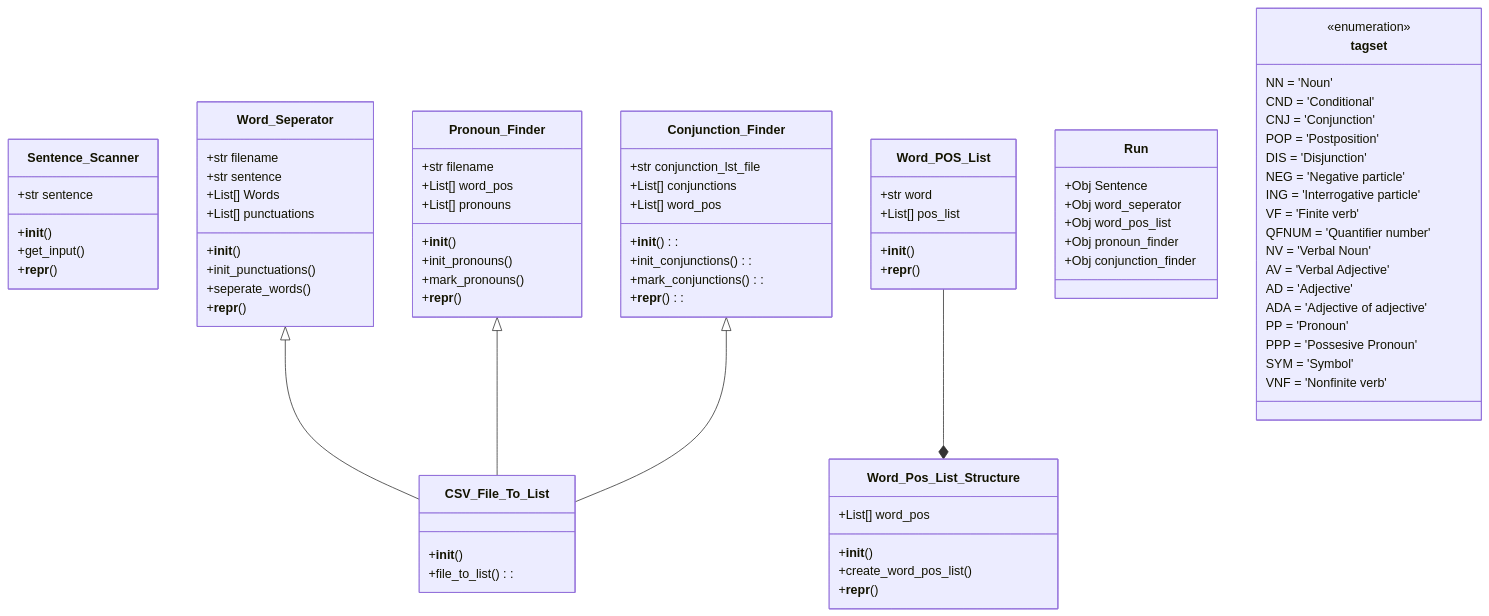
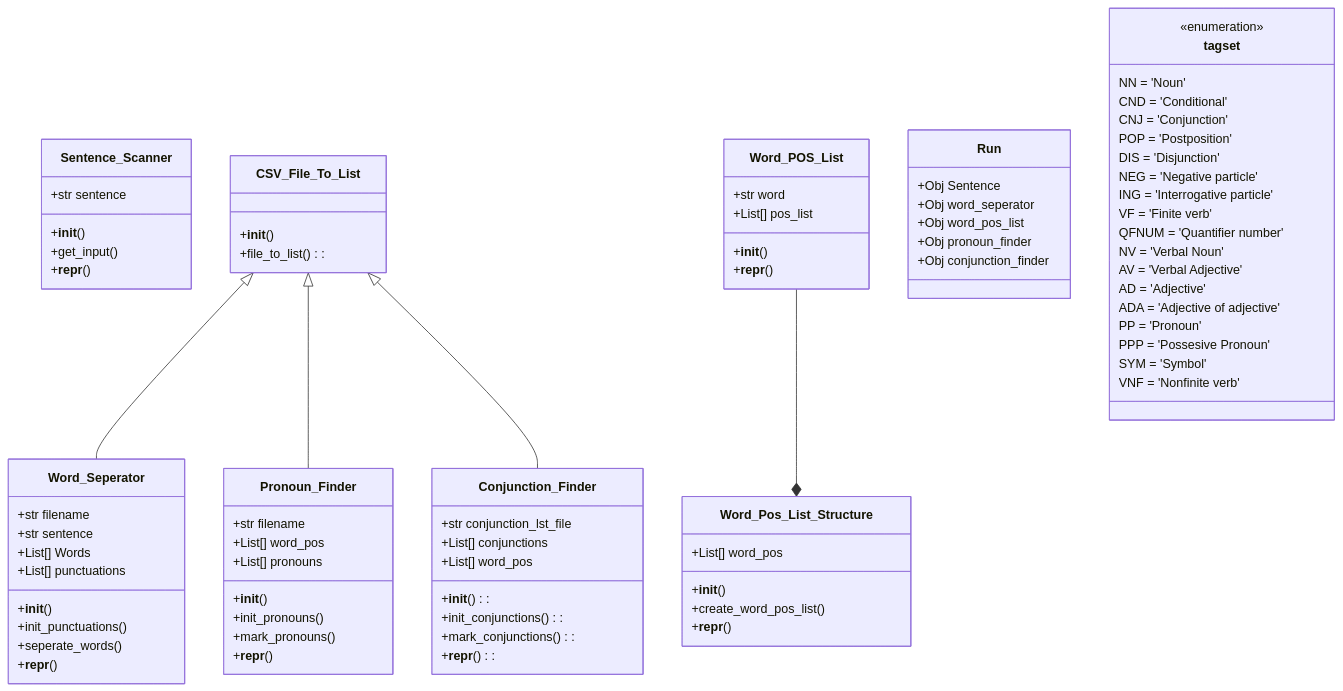
The first of 2 diagrams in src/README.md (masnm/POS-tagging), drawn with Mermaid before and after one commit. The commit also changed other lines of this file, not shown here.

```diff
--- a/src/README.md
+++ b/src/README.md
@@ -19,7 +19,7 @@
 		+seperate_words ()
 		+__repr__ ()
 	}
-	Word_Seperator <|-- CSV_File_To_List
+	CSV_File_To_List <|-- Word_Seperator
 
 	class Word_POS_List {
 		+str word
@@ -42,7 +42,7 @@
 		+mark_pronouns ()
 		+__repr__ ()
 	}
-	Pronoun_Finder <|-- CSV_File_To_List
+	CSV_File_To_List <|-- Pronoun_Finder
 
 	class Conjunction_Finder {
 		+str conjunction_lst_file
@@ -53,7 +53,7 @@
 		+mark_conjunctions ():
 		+__repr__ ():
 	}
-	Conjunction_Finder <|-- CSV_File_To_List
+	CSV_File_To_List <|-- Conjunction_Finder
 
 	Word_POS_List --* Word_Pos_List_Structure
 
```
